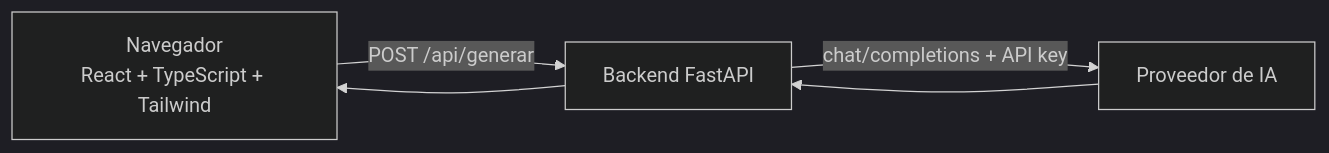
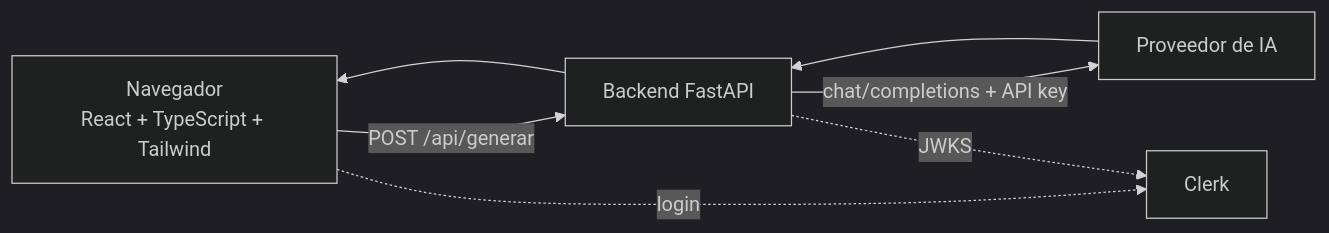
The diagram in README.md (AlexPuertas/Proyecto-Explotacion-y-despliegue-de-una-aplicacion-con-IA), drawn with Mermaid (dark theme) before and after one commit. The commit also changed other lines of this file, not shown here.

````diff
--- a/README.md
+++ b/README.md
@@ -11,6 +28,8 @@
 ```mermaid
 flowchart LR
     N[Navegador<br/>React + TypeScript + Tailwind] -->|POST /api/generar| B[Backend FastAPI]
     B -->|chat/completions + API key| IA[Proveedor de IA]
     IA --> B --> N
+    N -.->|login| C[Clerk]
+    B -.->|JWKS| C
 ```
````
